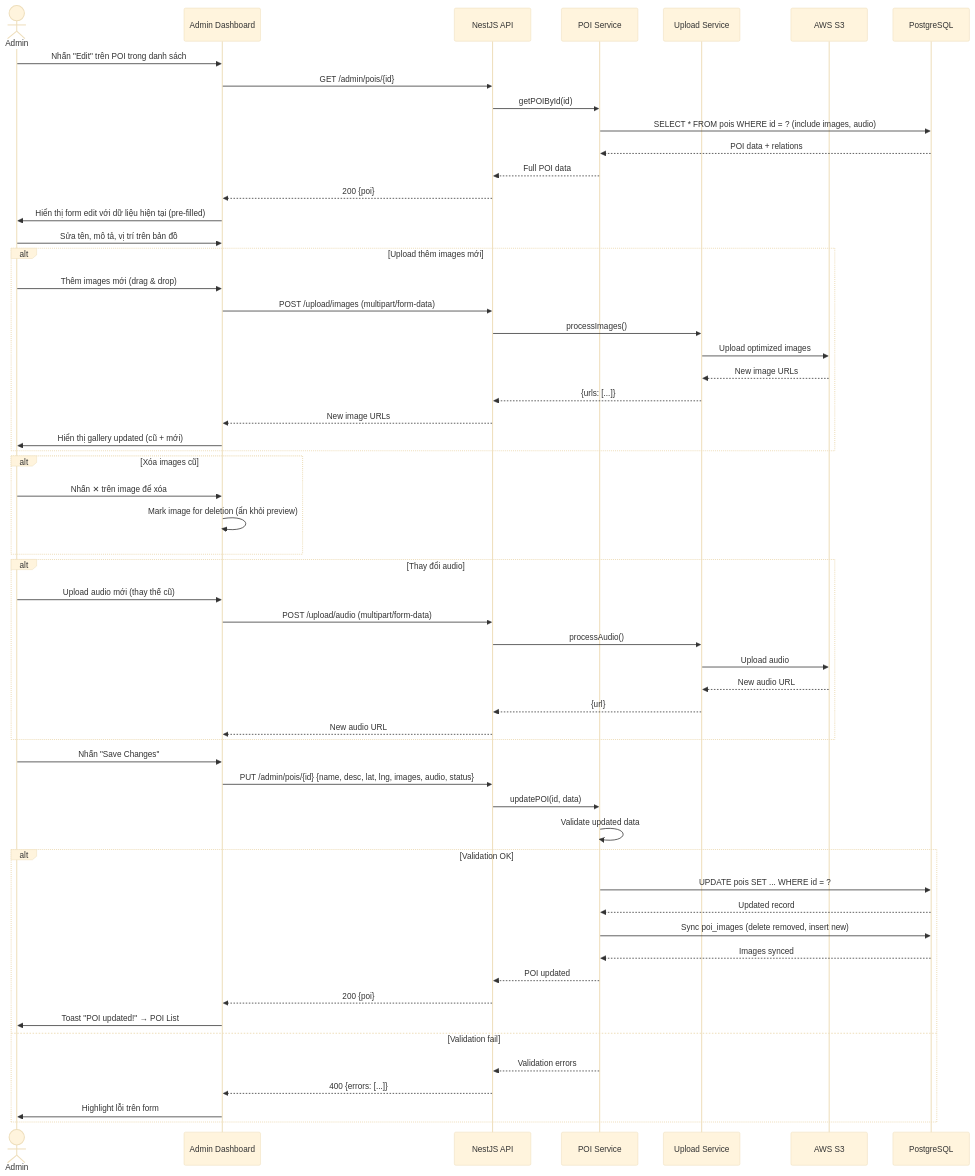
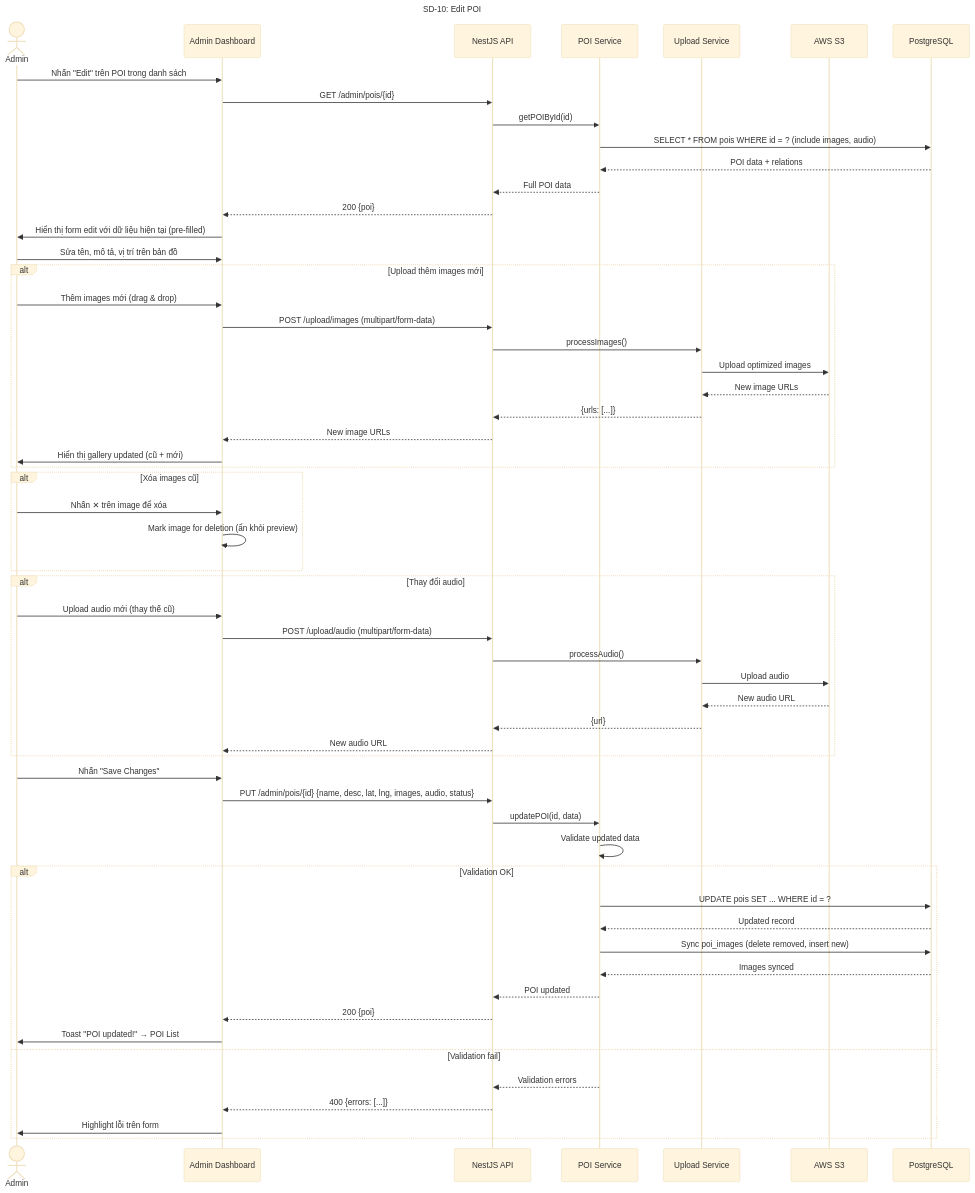
Before and after one commit to Ttuandatt/Seminar: the tenth of 17 diagrams in docs/step3_prd/15_sequence_diagrams.md, drawn with Mermaid (base theme). The commit also changed other lines of this file, not shown here.

Commit message:
docs(sequence): add title labels to all 17 mermaid sequence diagrams for draw.io identification

````diff
--- a/docs/step3_prd/15_sequence_diagrams.md
+++ b/docs/step3_prd/15_sequence_diagrams.md
@@ -451,66 +460,67 @@
 ```mermaid
 sequenceDiagram
+    title SD-10: Edit POI
     actor Admin
     participant UI as Admin Dashboard
     participant API as NestJS API
     participant POI as POI Service
     participant Upload as Upload Service
     participant S3 as AWS S3
     participant DB as PostgreSQL
 
     Admin->>UI: Nhấn "Edit" trên POI trong danh sách
     UI->>API: GET /admin/pois/{id}
     API->>POI: getPOIById(id)
     POI->>DB: SELECT * FROM pois WHERE id = ? (include images, audio)
     DB-->>POI: POI data + relations
     POI-->>API: Full POI data
     API-->>UI: 200 {poi}
     UI->>Admin: Hiển thị form edit với dữ liệu hiện tại (pre-filled)
 
     Admin->>UI: Sửa tên, mô tả, vị trí trên bản đồ
     
     alt Upload thêm images mới
         Admin->>UI: Thêm images mới (drag & drop)
         UI->>API: POST /upload/images (multipart/form-data)
         API->>Upload: processImages()
         Upload->>S3: Upload optimized images
         S3-->>Upload: New image URLs
         Upload-->>API: {urls: [...]}
         API-->>UI: New image URLs
         UI->>Admin: Hiển thị gallery updated (cũ + mới)
     end
 
     alt Xóa images cũ
         Admin->>UI: Nhấn ✕ trên image để xóa
         UI->>UI: Mark image for deletion (ẩn khỏi preview)
     end
 
     alt Thay đổi audio
         Admin->>UI: Upload audio mới (thay thế cũ)
         UI->>API: POST /upload/audio (multipart/form-data)
         API->>Upload: processAudio()
         Upload->>S3: Upload audio
         S3-->>Upload: New audio URL
         Upload-->>API: {url}
         API-->>UI: New audio URL
     end
 
     Admin->>UI: Nhấn "Save Changes"
     UI->>API: PUT /admin/pois/{id} {name, desc, lat, lng, images, audio, status}
     API->>POI: updatePOI(id, data)
     POI->>POI: Validate updated data
     
     alt Validation OK
         POI->>DB: UPDATE pois SET ... WHERE id = ?
         DB-->>POI: Updated record
         POI->>DB: Sync poi_images (delete removed, insert new)
         DB-->>POI: Images synced
         POI-->>API: POI updated
         API-->>UI: 200 {poi}
         UI->>Admin: Toast "POI updated!" → POI List
     else Validation fail
         POI-->>API: Validation errors
         API-->>UI: 400 {errors: [...]}
         UI->>Admin: Highlight lỗi trên form
     end
 ```
````
